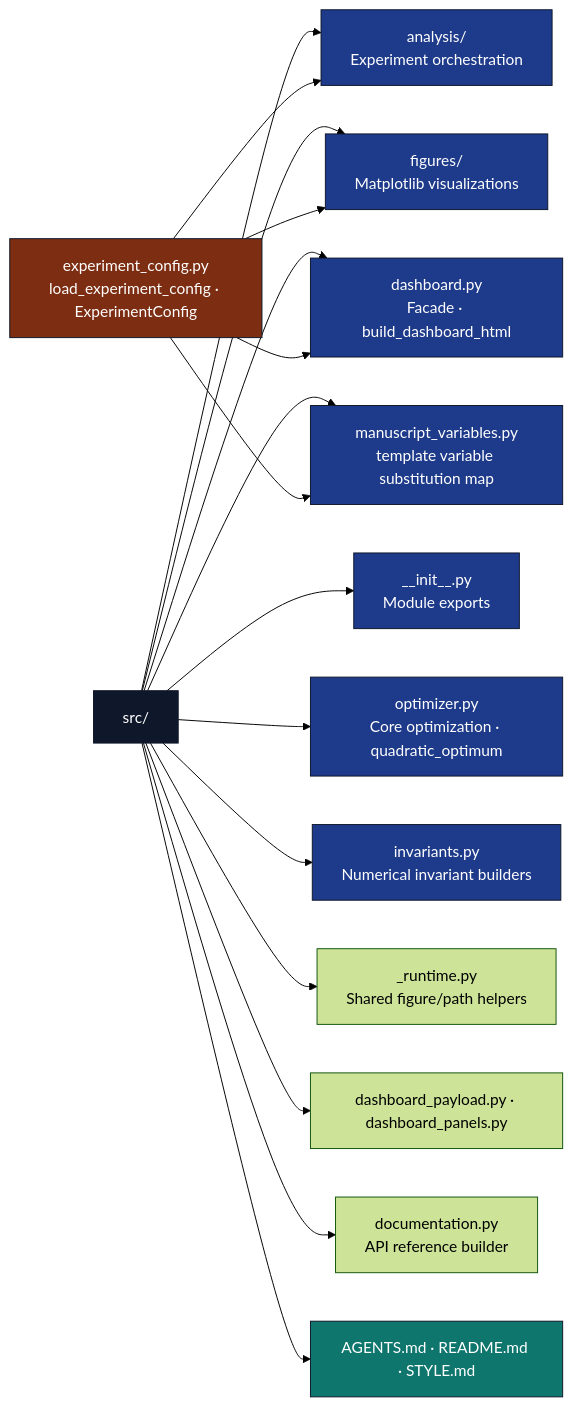
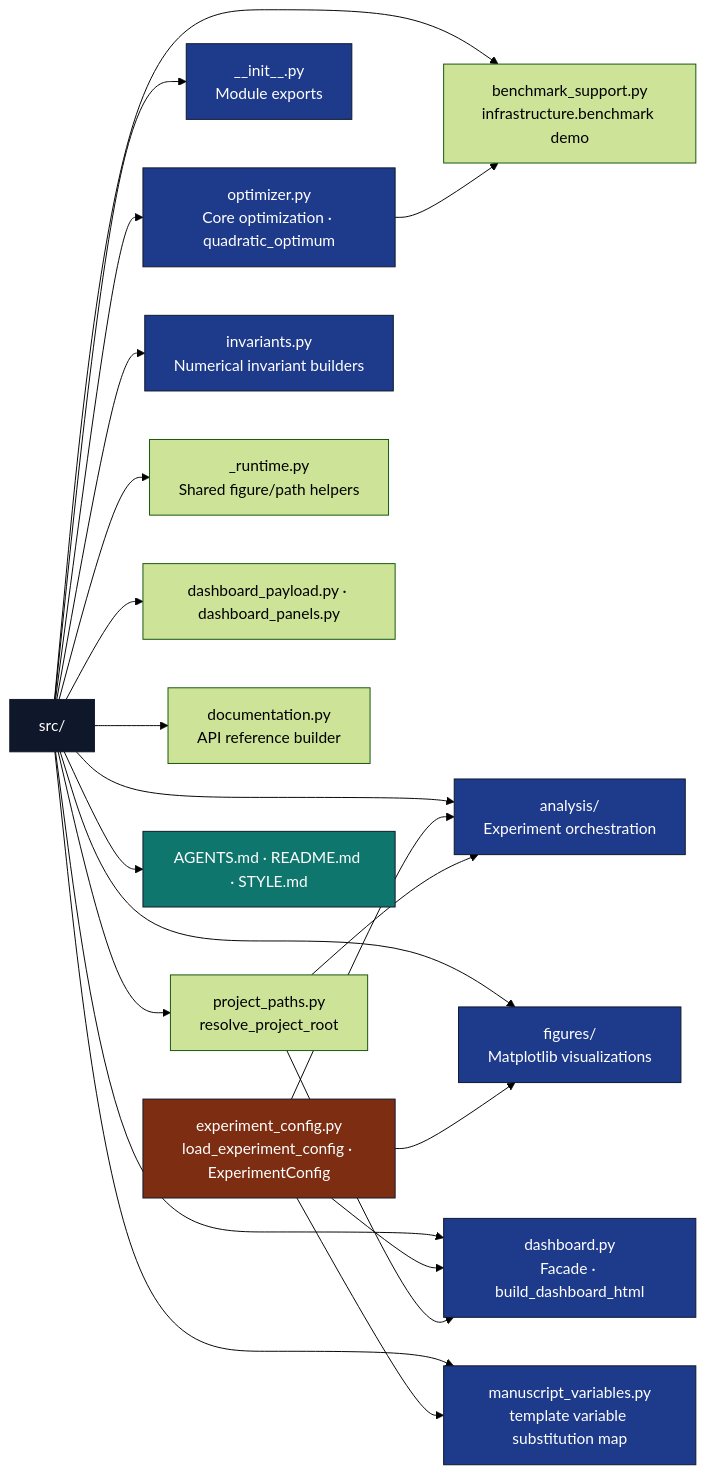
One commit to docxology/template changed the diagram in projects/templates/template_code_project/src/AGENTS.md. Above: the diagram before and after it, drawn with Mermaid (forest theme). The commit also changed other lines of this file and 129 other files, not shown here.

````diff
--- a/projects/templates/template_code_project/src/AGENTS.md
+++ b/projects/templates/template_code_project/src/AGENTS.md
@@ -19,30 +19,35 @@
 ```mermaid
 flowchart LR
     CFG[experiment_config.py<br/>load_experiment_config · ExperimentConfig]
     SRC["src/"]
     SRC --> INIT[__init__.py<br/>Module exports]
     SRC --> OPT[optimizer.py<br/>Core optimization · quadratic_optimum]
     SRC --> INV[invariants.py<br/>Numerical invariant builders]
     SRC --> ANA[analysis/<br/>Experiment orchestration]
     SRC --> FIG[figures/<br/>Matplotlib visualizations]
     SRC --> RUN[_runtime.py<br/>Shared figure/path helpers]
     SRC --> DASH[dashboard.py<br/>Facade · build_dashboard_html]
     SRC --> DP[dashboard_payload.py · dashboard_panels.py]
     SRC --> VARS["manuscript_variables.py<br/>template variable substitution map"]
     SRC --> DOC[documentation.py<br/>API reference builder]
+    SRC --> PP[project_paths.py<br/>resolve_project_root]
+    SRC --> BS[benchmark_support.py<br/>infrastructure.benchmark demo]
     SRC --> AG[AGENTS.md · README.md · STYLE.md]
 
     CFG --> ANA
     CFG --> FIG
     CFG --> DASH
     CFG --> VARS
+    PP --> ANA
+    PP --> DASH
+    OPT --> BS
 
     classDef d fill:#0f172a,stroke:#0f172a,color:#fff
     classDef code fill:#1e3a8a,stroke:#0f172a,color:#fff
     classDef cfg fill:#7c2d12,stroke:#0f172a,color:#fff
     classDef doc fill:#0f766e,stroke:#0f172a,color:#fff
     class SRC d
     class INIT,OPT,INV,ANA,FIG,DASH,VARS code
     class CFG cfg
     class AG doc
 ```
````
